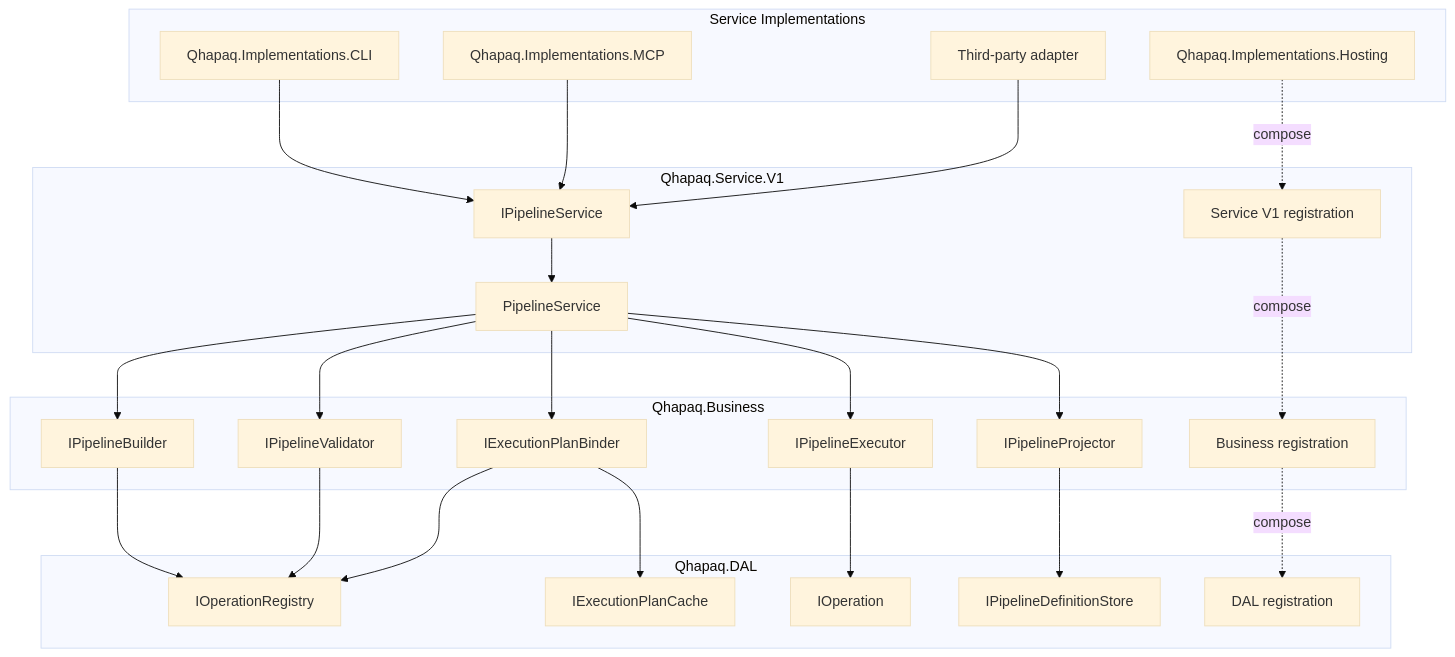
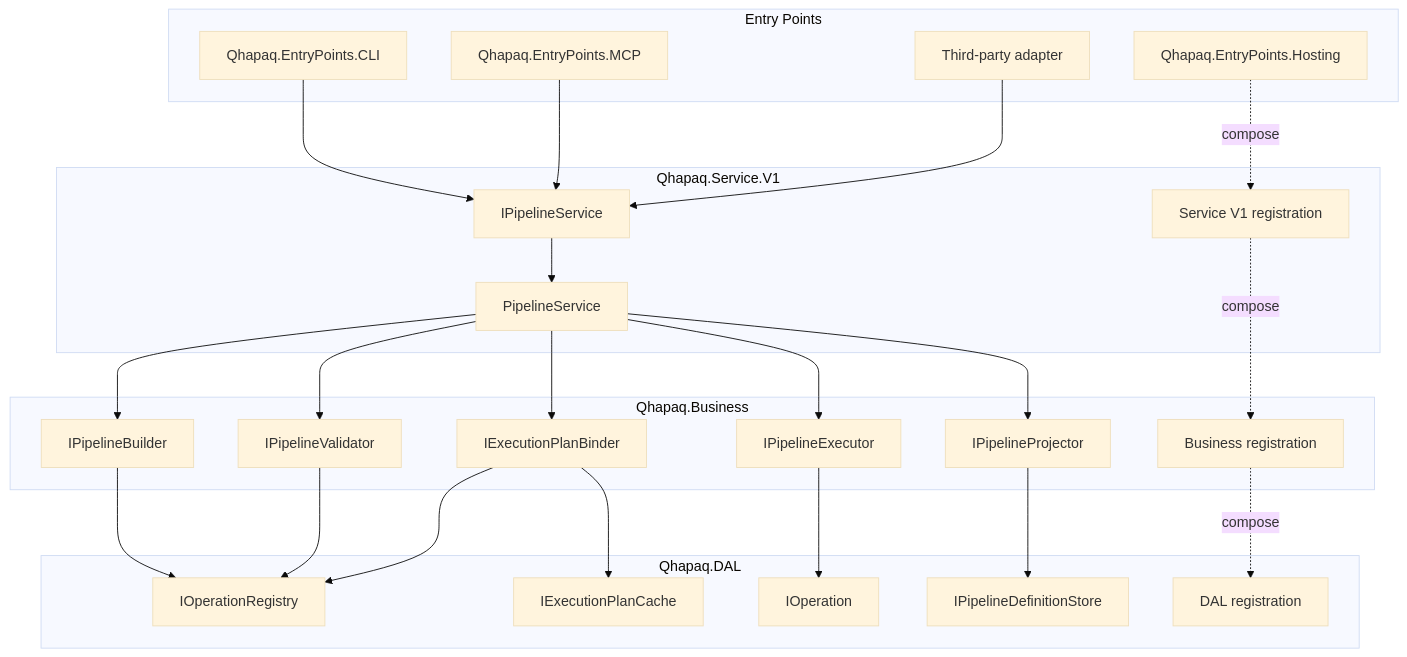
The diagram in docs/architecture/diagrams/dotnet-layered-components.mmd (mbraude/Qhapaq), drawn with Mermaid (base theme) before and after one commit. The commit also changed 9 other files, not shown here.

```diff
--- a/docs/architecture/diagrams/dotnet-layered-components.mmd
+++ b/docs/architecture/diagrams/dotnet-layered-components.mmd
@@ -1,49 +1,49 @@
 flowchart TB
-    subgraph SI["Service Implementations"]
-        CLI["Qhapaq.Implementations.CLI"]
-        MCP["Qhapaq.Implementations.MCP"]
+    subgraph SI["Entry Points"]
+        CLI["Qhapaq.EntryPoints.CLI"]
+        MCP["Qhapaq.EntryPoints.MCP"]
         THIRD["Third-party adapter"]
-        HOSTING["Qhapaq.Implementations.Hosting"]
+        HOSTING["Qhapaq.EntryPoints.Hosting"]
     end
 
     subgraph SC["Qhapaq.Service.V1"]
         SCOMP["Service V1 registration"]
         API["IPipelineService"]
         SERVICE["PipelineService"]
     end
 
     subgraph BC["Qhapaq.Business"]
         BCOMP["Business registration"]
         BUILDER["IPipelineBuilder"]
         VALIDATOR["IPipelineValidator"]
         BINDER["IExecutionPlanBinder"]
         EXECUTOR["IPipelineExecutor"]
         PROJECTOR["IPipelineProjector"]
     end
 
     subgraph DC["Qhapaq.DAL"]
         DCOMP["DAL registration"]
         REGISTRY["IOperationRegistry"]
         STORE["IPipelineDefinitionStore"]
         CACHE["IExecutionPlanCache"]
         OPERATION["IOperation<TInput,TOutput>"]
     end
 
     CLI --> API
     MCP --> API
     THIRD --> API
     API --> SERVICE
     SERVICE --> BUILDER
     SERVICE --> VALIDATOR
     SERVICE --> BINDER
     SERVICE --> EXECUTOR
     SERVICE --> PROJECTOR
     BUILDER --> REGISTRY
     VALIDATOR --> REGISTRY
     BINDER --> REGISTRY
     BINDER --> CACHE
     EXECUTOR --> OPERATION
     PROJECTOR --> STORE
     HOSTING -. "compose" .-> SCOMP
     SCOMP -. "compose" .-> BCOMP
     BCOMP -. "compose" .-> DCOMP
```
